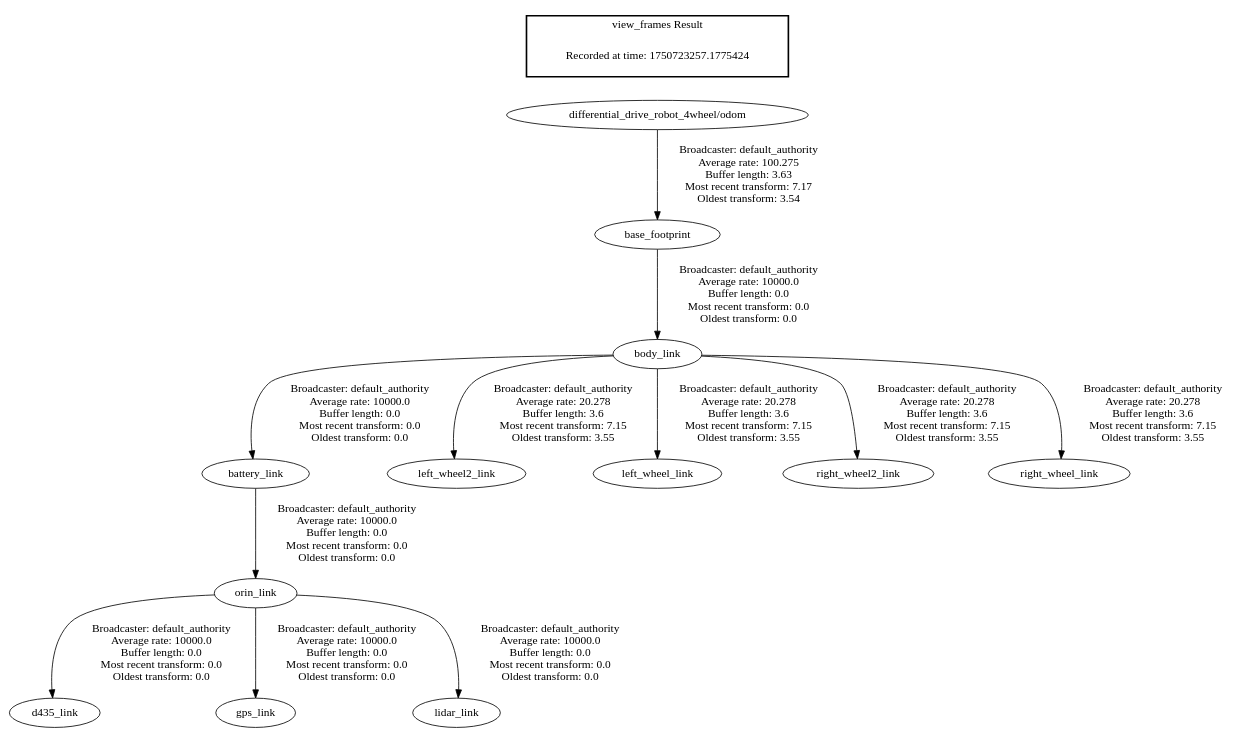
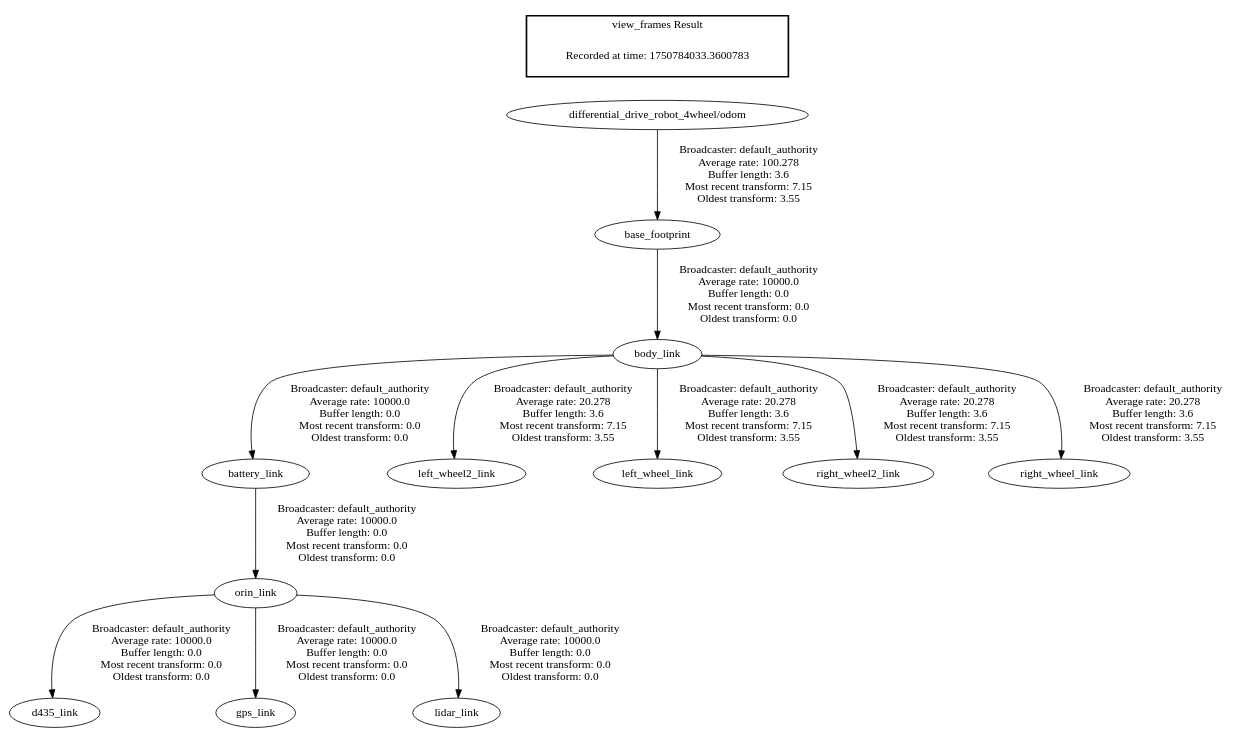
One commit to StuartGJohnson/differential_drive_test changed the diagram in sim_check/gazebo/frames_gazebo.gv. Above: the diagram before and after it, drawn with Graphviz. The commit also changed 88 other files, not shown here.

Commit message:
Add ability to run selected robot to various nodes and scripts. Fix depth camera issues. Add collection of camera self-portrait. Note self portrait is still a little funky on the isaacsim side due to transform confusion. Update README after running publish node.

```diff
--- a/sim_check/gazebo/frames_gazebo.gv
+++ b/sim_check/gazebo/frames_gazebo.gv
@@ -1,17 +1,17 @@
 digraph G {
-"differential_drive_robot_4wheel/odom" -> "base_footprint"[label=" Broadcaster: default_authority\nAverage rate: 100.275\nBuffer length: 3.63\nMost recent transform: 7.17\nOldest transform: 3.54\n"];
+"differential_drive_robot_4wheel/odom" -> "base_footprint"[label=" Broadcaster: default_authority\nAverage rate: 100.278\nBuffer length: 3.6\nMost recent transform: 7.15\nOldest transform: 3.55\n"];
 "base_footprint" -> "body_link"[label=" Broadcaster: default_authority\nAverage rate: 10000.0\nBuffer length: 0.0\nMost recent transform: 0.0\nOldest transform: 0.0\n"];
 "body_link" -> "battery_link"[label=" Broadcaster: default_authority\nAverage rate: 10000.0\nBuffer length: 0.0\nMost recent transform: 0.0\nOldest transform: 0.0\n"];
 "orin_link" -> "d435_link"[label=" Broadcaster: default_authority\nAverage rate: 10000.0\nBuffer length: 0.0\nMost recent transform: 0.0\nOldest transform: 0.0\n"];
 "battery_link" -> "orin_link"[label=" Broadcaster: default_authority\nAverage rate: 10000.0\nBuffer length: 0.0\nMost recent transform: 0.0\nOldest transform: 0.0\n"];
 "orin_link" -> "gps_link"[label=" Broadcaster: default_authority\nAverage rate: 10000.0\nBuffer length: 0.0\nMost recent transform: 0.0\nOldest transform: 0.0\n"];
 "orin_link" -> "lidar_link"[label=" Broadcaster: default_authority\nAverage rate: 10000.0\nBuffer length: 0.0\nMost recent transform: 0.0\nOldest transform: 0.0\n"];
 "body_link" -> "left_wheel2_link"[label=" Broadcaster: default_authority\nAverage rate: 20.278\nBuffer length: 3.6\nMost recent transform: 7.15\nOldest transform: 3.55\n"];
 "body_link" -> "left_wheel_link"[label=" Broadcaster: default_authority\nAverage rate: 20.278\nBuffer length: 3.6\nMost recent transform: 7.15\nOldest transform: 3.55\n"];
 "body_link" -> "right_wheel2_link"[label=" Broadcaster: default_authority\nAverage rate: 20.278\nBuffer length: 3.6\nMost recent transform: 7.15\nOldest transform: 3.55\n"];
 "body_link" -> "right_wheel_link"[label=" Broadcaster: default_authority\nAverage rate: 20.278\nBuffer length: 3.6\nMost recent transform: 7.15\nOldest transform: 3.55\n"];
 edge [style=invis];
  subgraph cluster_legend { style=bold; color=black; label ="view_frames Result";
-"Recorded at time: 1750723257.1775424"[ shape=plaintext ] ;
+"Recorded at time: 1750784033.3600783"[ shape=plaintext ] ;
 }->"differential_drive_robot_4wheel/odom";
 }
```
